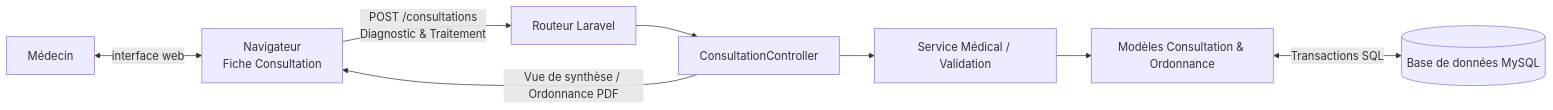
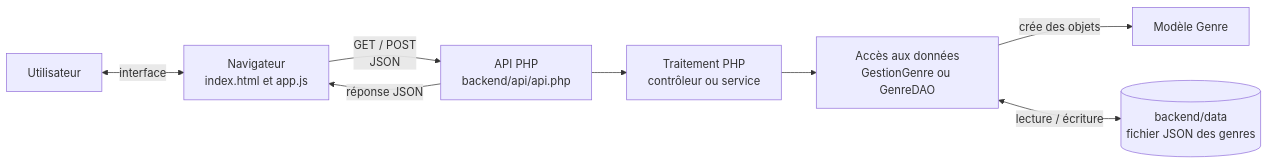
The third of 3 diagrams in Rapport/Architecture logicielle/architecture_du_system.md (Oussama-Ech-charef/projet_file_rougee), drawn with Mermaid before and after one commit. The commit also changed other lines of this file and 6 other files, not shown here.

````diff
--- a/Rapport/Architecture logicielle/architecture_du_system.md
+++ b/Rapport/Architecture logicielle/architecture_du_system.md
@@ -51,10 +51,10 @@
 ```mermaid
 flowchart LR
-    U[Médecin] <-->|interface web| UI[Navigateur<br/>Fiche Consultation]
-    UI -->|POST /consultations<br/>Diagnostic & Traitement| R[Routeur Laravel]
-    R --> C[ConsultationController]
-    C --> S[Service Médical / Validation]
-    S --> M[Modèles Consultation & Ordonnance]
-    M <-->|Transactions SQL| DB[(Base de données MySQL)]
-    C -->|Vue de synthèse / Ordonnance PDF| UI
+    U[Utilisateur] <-->|interface| UI[Navigateur<br/>index.html et app.js]
+    UI -->|GET / POST<br/>JSON| API[API PHP<br/>backend/api/api.php]
+    API --> T[Traitement PHP<br/>contrôleur ou service]
+    T --> A[Accès aux données<br/>GestionGenre ou GenreDAO]
+    A -->|crée des objets| G[Modèle Genre]
+    A <-->|lecture / écriture| D[(backend/data<br/>fichier JSON des genres)]
+    API -->|réponse JSON| UI
 ```
````
